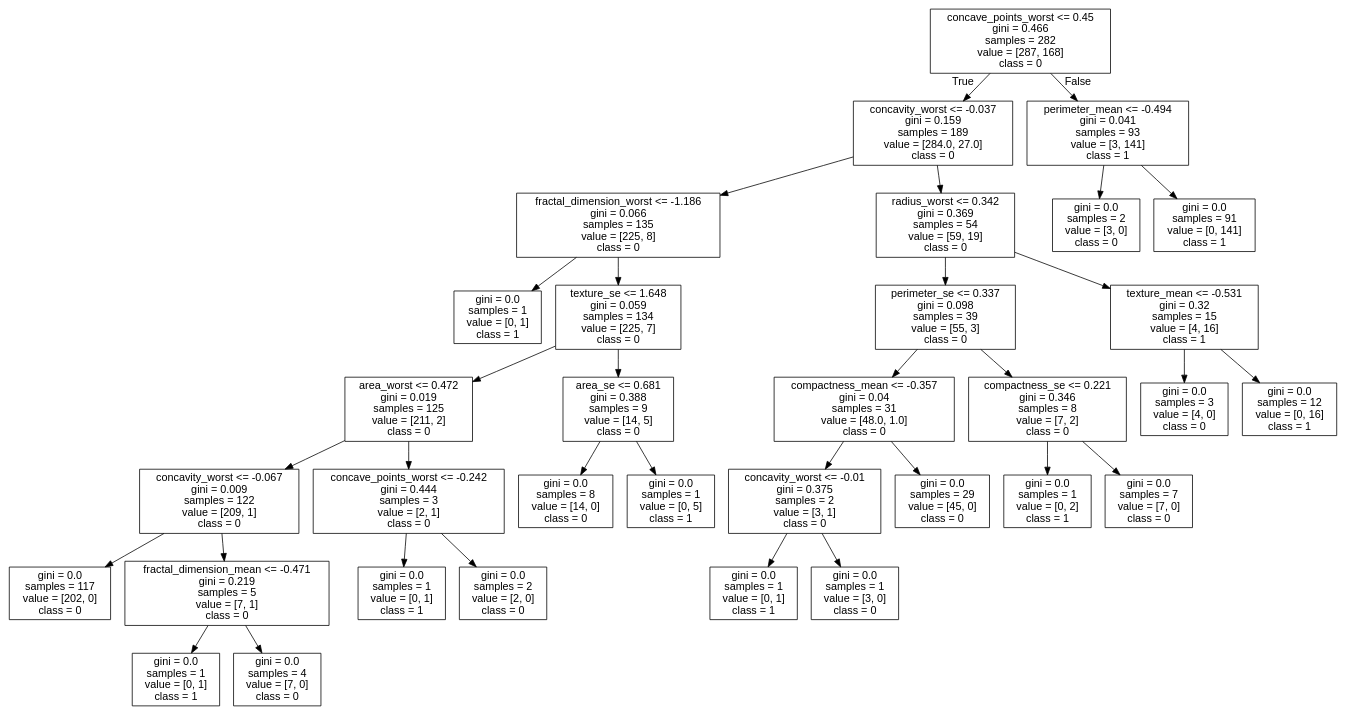
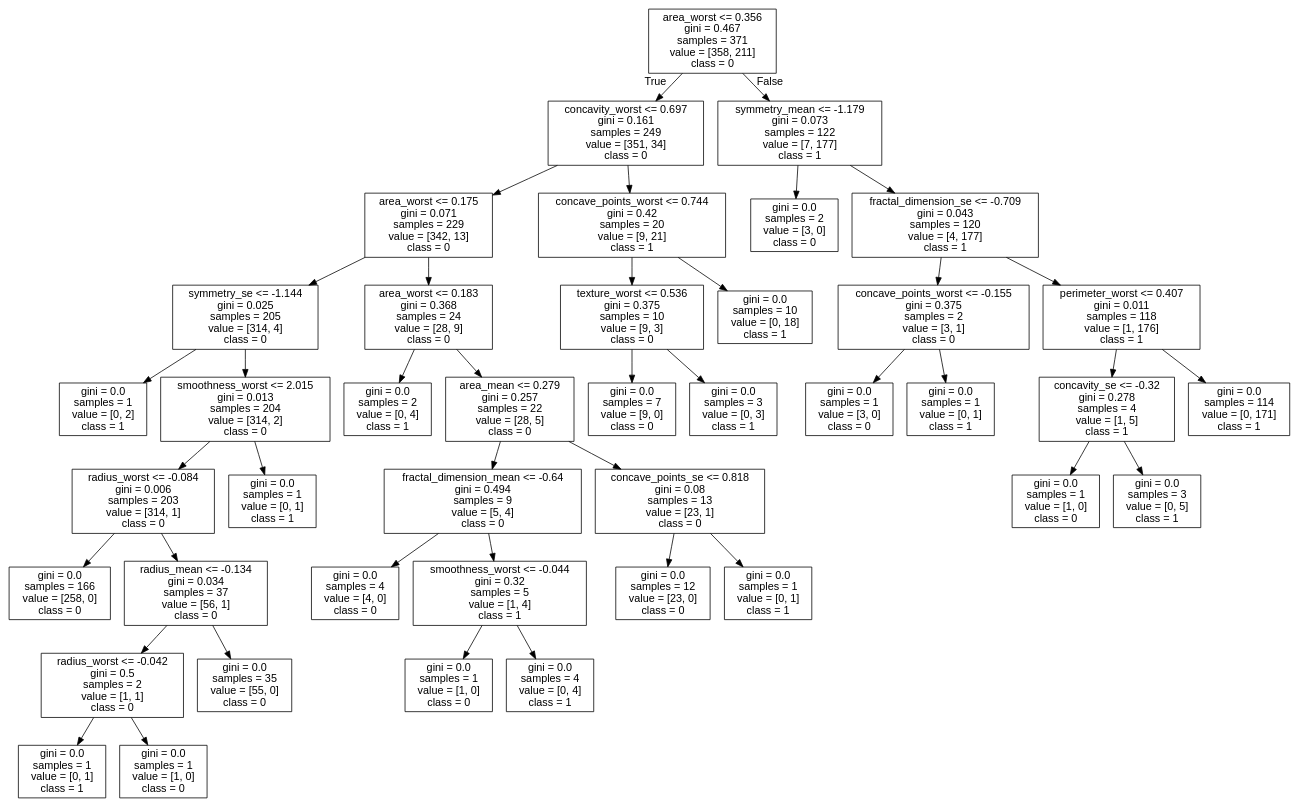
One commit to cyrilvincent/datascience changed the diagram in data/breast-cancer/tree.dot. Above: the diagram before and after it, drawn with Graphviz. The commit also changed 1 other file, not shown here.

```diff
--- a/data/breast-cancer/tree.dot
+++ b/data/breast-cancer/tree.dot
@@ -1,69 +1,85 @@
 digraph Tree {
 node [shape=box, fontname="helvetica"] ;
 edge [fontname="helvetica"] ;
-0 [label="concave_points_worst <= 0.45\ngini = 0.466\nsamples = 282\nvalue = [287, 168]\nclass = 0"] ;
-1 [label="concavity_worst <= -0.037\ngini = 0.159\nsamples = 189\nvalue = [284.0, 27.0]\nclass = 0"] ;
+0 [label="area_worst <= 0.356\ngini = 0.467\nsamples = 371\nvalue = [358, 211]\nclass = 0"] ;
+1 [label="concavity_worst <= 0.697\ngini = 0.161\nsamples = 249\nvalue = [351, 34]\nclass = 0"] ;
 0 -> 1 [labeldistance=2.5, labelangle=45, headlabel="True"] ;
-2 [label="fractal_dimension_worst <= -1.186\ngini = 0.066\nsamples = 135\nvalue = [225, 8]\nclass = 0"] ;
+2 [label="area_worst <= 0.175\ngini = 0.071\nsamples = 229\nvalue = [342, 13]\nclass = 0"] ;
 1 -> 2 ;
-3 [label="gini = 0.0\nsamples = 1\nvalue = [0, 1]\nclass = 1"] ;
+3 [label="symmetry_se <= -1.144\ngini = 0.025\nsamples = 205\nvalue = [314, 4]\nclass = 0"] ;
 2 -> 3 ;
-4 [label="texture_se <= 1.648\ngini = 0.059\nsamples = 134\nvalue = [225, 7]\nclass = 0"] ;
-2 -> 4 ;
-5 [label="area_worst <= 0.472\ngini = 0.019\nsamples = 125\nvalue = [211, 2]\nclass = 0"] ;
-4 -> 5 ;
-6 [label="concavity_worst <= -0.067\ngini = 0.009\nsamples = 122\nvalue = [209, 1]\nclass = 0"] ;
+4 [label="gini = 0.0\nsamples = 1\nvalue = [0, 2]\nclass = 1"] ;
+3 -> 4 ;
+5 [label="smoothness_worst <= 2.015\ngini = 0.013\nsamples = 204\nvalue = [314, 2]\nclass = 0"] ;
+3 -> 5 ;
+6 [label="radius_worst <= -0.084\ngini = 0.006\nsamples = 203\nvalue = [314, 1]\nclass = 0"] ;
 5 -> 6 ;
-7 [label="gini = 0.0\nsamples = 117\nvalue = [202, 0]\nclass = 0"] ;
+7 [label="gini = 0.0\nsamples = 166\nvalue = [258, 0]\nclass = 0"] ;
 6 -> 7 ;
-8 [label="fractal_dimension_mean <= -0.471\ngini = 0.219\nsamples = 5\nvalue = [7, 1]\nclass = 0"] ;
+8 [label="radius_mean <= -0.134\ngini = 0.034\nsamples = 37\nvalue = [56, 1]\nclass = 0"] ;
 6 -> 8 ;
-9 [label="gini = 0.0\nsamples = 1\nvalue = [0, 1]\nclass = 1"] ;
+9 [label="radius_worst <= -0.042\ngini = 0.5\nsamples = 2\nvalue = [1, 1]\nclass = 0"] ;
 8 -> 9 ;
-10 [label="gini = 0.0\nsamples = 4\nvalue = [7, 0]\nclass = 0"] ;
-8 -> 10 ;
-11 [label="concave_points_worst <= -0.242\ngini = 0.444\nsamples = 3\nvalue = [2, 1]\nclass = 0"] ;
-5 -> 11 ;
-12 [label="gini = 0.0\nsamples = 1\nvalue = [0, 1]\nclass = 1"] ;
-11 -> 12 ;
-13 [label="gini = 0.0\nsamples = 2\nvalue = [2, 0]\nclass = 0"] ;
-11 -> 13 ;
-14 [label="area_se <= 0.681\ngini = 0.388\nsamples = 9\nvalue = [14, 5]\nclass = 0"] ;
-4 -> 14 ;
-15 [label="gini = 0.0\nsamples = 8\nvalue = [14, 0]\nclass = 0"] ;
+10 [label="gini = 0.0\nsamples = 1\nvalue = [0, 1]\nclass = 1"] ;
+9 -> 10 ;
+11 [label="gini = 0.0\nsamples = 1\nvalue = [1, 0]\nclass = 0"] ;
+9 -> 11 ;
+12 [label="gini = 0.0\nsamples = 35\nvalue = [55, 0]\nclass = 0"] ;
+8 -> 12 ;
+13 [label="gini = 0.0\nsamples = 1\nvalue = [0, 1]\nclass = 1"] ;
+5 -> 13 ;
+14 [label="area_worst <= 0.183\ngini = 0.368\nsamples = 24\nvalue = [28, 9]\nclass = 0"] ;
+2 -> 14 ;
+15 [label="gini = 0.0\nsamples = 2\nvalue = [0, 4]\nclass = 1"] ;
 14 -> 15 ;
-16 [label="gini = 0.0\nsamples = 1\nvalue = [0, 5]\nclass = 1"] ;
+16 [label="area_mean <= 0.279\ngini = 0.257\nsamples = 22\nvalue = [28, 5]\nclass = 0"] ;
 14 -> 16 ;
-17 [label="radius_worst <= 0.342\ngini = 0.369\nsamples = 54\nvalue = [59, 19]\nclass = 0"] ;
-1 -> 17 ;
-18 [label="perimeter_se <= 0.337\ngini = 0.098\nsamples = 39\nvalue = [55, 3]\nclass = 0"] ;
+17 [label="fractal_dimension_mean <= -0.64\ngini = 0.494\nsamples = 9\nvalue = [5, 4]\nclass = 0"] ;
+16 -> 17 ;
+18 [label="gini = 0.0\nsamples = 4\nvalue = [4, 0]\nclass = 0"] ;
 17 -> 18 ;
-19 [label="compactness_mean <= -0.357\ngini = 0.04\nsamples = 31\nvalue = [48.0, 1.0]\nclass = 0"] ;
-18 -> 19 ;
-20 [label="concavity_worst <= -0.01\ngini = 0.375\nsamples = 2\nvalue = [3, 1]\nclass = 0"] ;
+19 [label="smoothness_worst <= -0.044\ngini = 0.32\nsamples = 5\nvalue = [1, 4]\nclass = 1"] ;
+17 -> 19 ;
+20 [label="gini = 0.0\nsamples = 1\nvalue = [1, 0]\nclass = 0"] ;
 19 -> 20 ;
-21 [label="gini = 0.0\nsamples = 1\nvalue = [0, 1]\nclass = 1"] ;
-20 -> 21 ;
-22 [label="gini = 0.0\nsamples = 1\nvalue = [3, 0]\nclass = 0"] ;
-20 -> 22 ;
-23 [label="gini = 0.0\nsamples = 29\nvalue = [45, 0]\nclass = 0"] ;
-19 -> 23 ;
-24 [label="compactness_se <= 0.221\ngini = 0.346\nsamples = 8\nvalue = [7, 2]\nclass = 0"] ;
-18 -> 24 ;
-25 [label="gini = 0.0\nsamples = 1\nvalue = [0, 2]\nclass = 1"] ;
-24 -> 25 ;
-26 [label="gini = 0.0\nsamples = 7\nvalue = [7, 0]\nclass = 0"] ;
-24 -> 26 ;
-27 [label="texture_mean <= -0.531\ngini = 0.32\nsamples = 15\nvalue = [4, 16]\nclass = 1"] ;
-17 -> 27 ;
-28 [label="gini = 0.0\nsamples = 3\nvalue = [4, 0]\nclass = 0"] ;
-27 -> 28 ;
-29 [label="gini = 0.0\nsamples = 12\nvalue = [0, 16]\nclass = 1"] ;
-27 -> 29 ;
-30 [label="perimeter_mean <= -0.494\ngini = 0.041\nsamples = 93\nvalue = [3, 141]\nclass = 1"] ;
+21 [label="gini = 0.0\nsamples = 4\nvalue = [0, 4]\nclass = 1"] ;
+19 -> 21 ;
+22 [label="concave_points_se <= 0.818\ngini = 0.08\nsamples = 13\nvalue = [23, 1]\nclass = 0"] ;
+16 -> 22 ;
+23 [label="gini = 0.0\nsamples = 12\nvalue = [23, 0]\nclass = 0"] ;
+22 -> 23 ;
+24 [label="gini = 0.0\nsamples = 1\nvalue = [0, 1]\nclass = 1"] ;
+22 -> 24 ;
+25 [label="concave_points_worst <= 0.744\ngini = 0.42\nsamples = 20\nvalue = [9, 21]\nclass = 1"] ;
+1 -> 25 ;
+26 [label="texture_worst <= 0.536\ngini = 0.375\nsamples = 10\nvalue = [9, 3]\nclass = 0"] ;
+25 -> 26 ;
+27 [label="gini = 0.0\nsamples = 7\nvalue = [9, 0]\nclass = 0"] ;
+26 -> 27 ;
+28 [label="gini = 0.0\nsamples = 3\nvalue = [0, 3]\nclass = 1"] ;
+26 -> 28 ;
+29 [label="gini = 0.0\nsamples = 10\nvalue = [0, 18]\nclass = 1"] ;
+25 -> 29 ;
+30 [label="symmetry_mean <= -1.179\ngini = 0.073\nsamples = 122\nvalue = [7, 177]\nclass = 1"] ;
 0 -> 30 [labeldistance=2.5, labelangle=-45, headlabel="False"] ;
 31 [label="gini = 0.0\nsamples = 2\nvalue = [3, 0]\nclass = 0"] ;
 30 -> 31 ;
-32 [label="gini = 0.0\nsamples = 91\nvalue = [0, 141]\nclass = 1"] ;
+32 [label="fractal_dimension_se <= -0.709\ngini = 0.043\nsamples = 120\nvalue = [4, 177]\nclass = 1"] ;
 30 -> 32 ;
+33 [label="concave_points_worst <= -0.155\ngini = 0.375\nsamples = 2\nvalue = [3, 1]\nclass = 0"] ;
+32 -> 33 ;
+34 [label="gini = 0.0\nsamples = 1\nvalue = [3, 0]\nclass = 0"] ;
+33 -> 34 ;
+35 [label="gini = 0.0\nsamples = 1\nvalue = [0, 1]\nclass = 1"] ;
+33 -> 35 ;
+36 [label="perimeter_worst <= 0.407\ngini = 0.011\nsamples = 118\nvalue = [1, 176]\nclass = 1"] ;
+32 -> 36 ;
+37 [label="concavity_se <= -0.32\ngini = 0.278\nsamples = 4\nvalue = [1, 5]\nclass = 1"] ;
+36 -> 37 ;
+38 [label="gini = 0.0\nsamples = 1\nvalue = [1, 0]\nclass = 0"] ;
+37 -> 38 ;
+39 [label="gini = 0.0\nsamples = 3\nvalue = [0, 5]\nclass = 1"] ;
+37 -> 39 ;
+40 [label="gini = 0.0\nsamples = 114\nvalue = [0, 171]\nclass = 1"] ;
+36 -> 40 ;
 }
```
